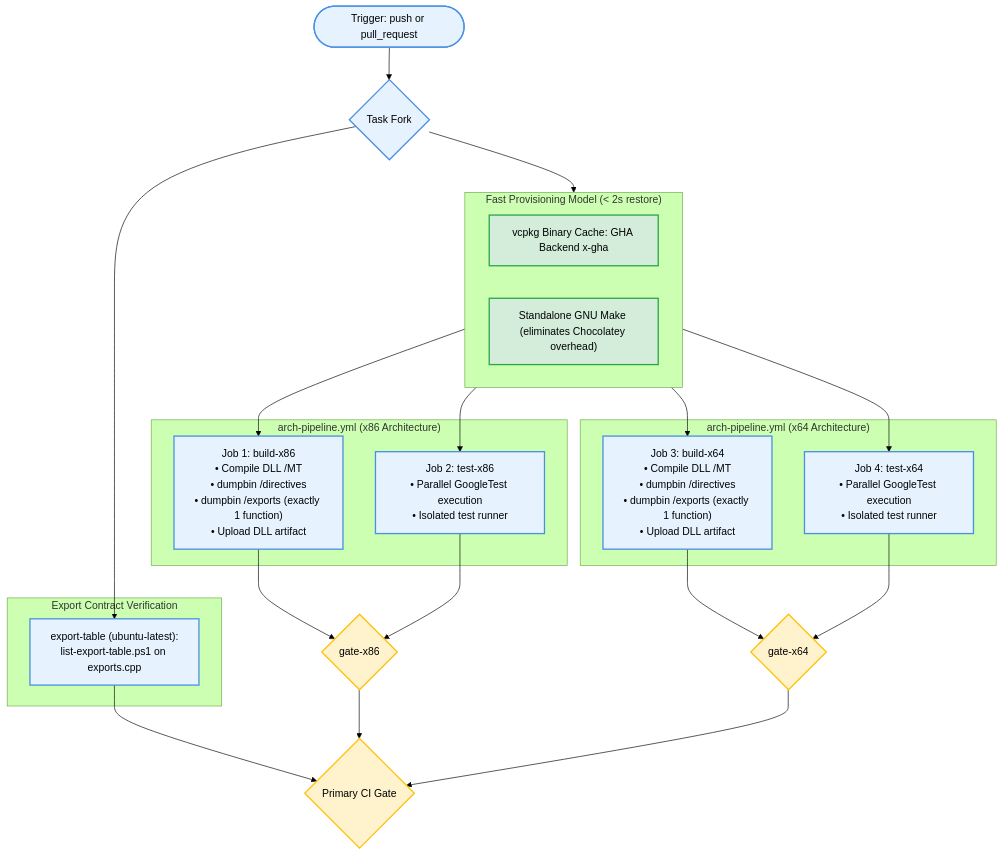
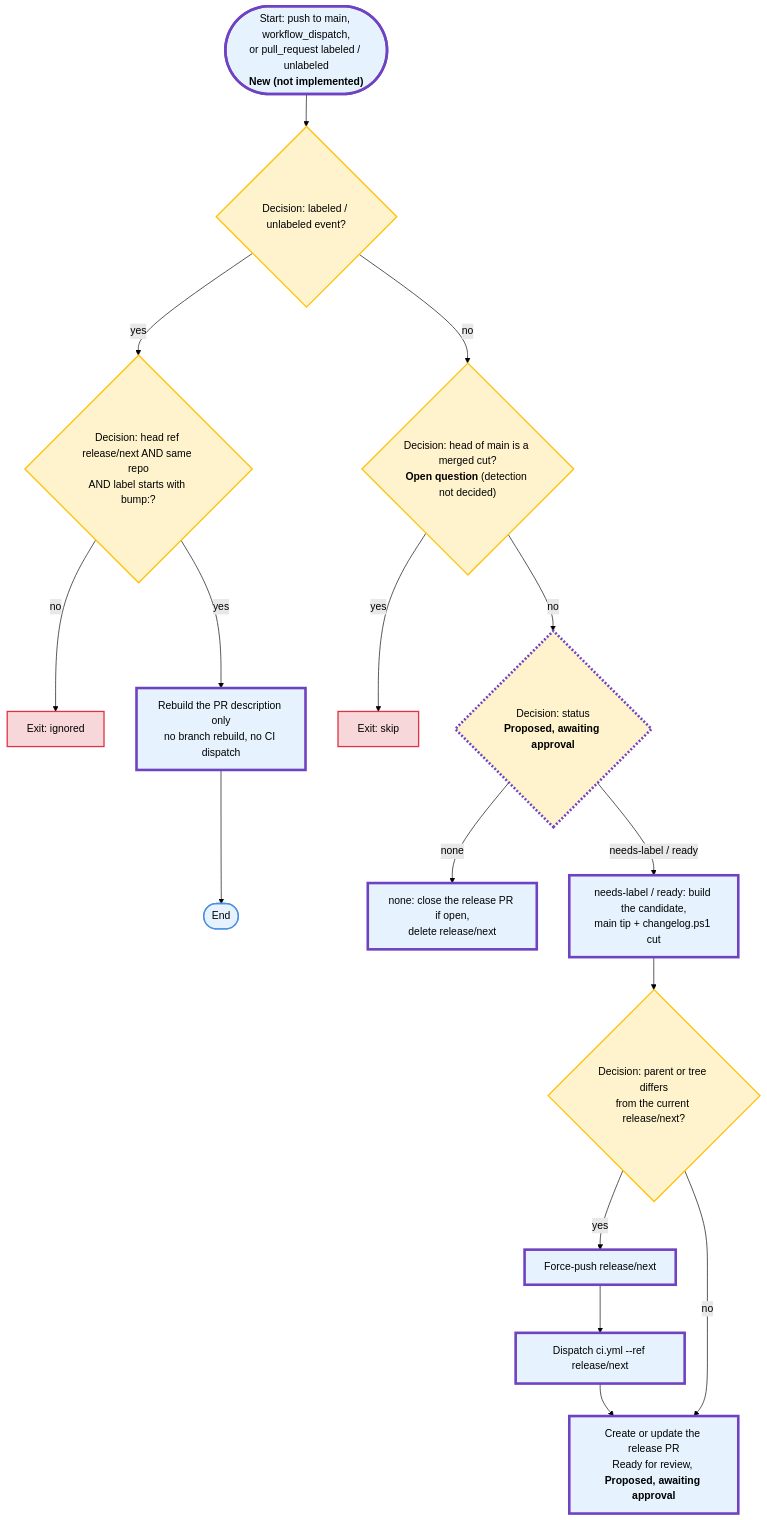
The third of 4 diagrams in docs/ci-optimized-flow.md (can-tools/restifycapl), drawn with Mermaid (forest theme) before and after one commit. The commit also changed other lines of this file and 5 other files, not shown here.

Commit message:
docs/ci-flow-target-state (#26)

````diff
--- a/docs/ci-optimized-flow.md
+++ b/docs/ci-optimized-flow.md
@@ -100,44 +221,40 @@
 ```mermaid
 flowchart TD
     classDef bot fill:#e6f3ff,stroke:#4a90e2,stroke-width:2px;
-    classDef opt fill:#d4edda,stroke:#28a745,stroke-width:2px;
-    classDef gate fill:#fff3cd,stroke:#ffc107,stroke-width:2px;
+    classDef decision fill:#fff3cd,stroke:#ffc107,stroke-width:2px;
+    classDef exit fill:#f8d7da,stroke:#dc3545,stroke-width:2px;
+    classDef new fill:#e6f3ff,stroke:#6f42c1,stroke-width:4px;
+    classDef proposed fill:#fff3cd,stroke:#6f42c1,stroke-width:4px,stroke-dasharray: 3 3;
 
-    TRIG(["Trigger: push or pull_request"]):::bot --> FORK{"Task Fork"}:::bot
+    START(["Start: push to main, workflow_dispatch,<br/>or pull_request labeled / unlabeled<br/><b>New (not implemented)</b>"]):::new
+    LAB{"Decision: labeled / unlabeled event?"}:::decision
+    GUARD{"Decision: head ref release/next AND same repo<br/>AND label starts with bump:?"}:::decision
+    IGN["Exit: ignored"]:::exit
+    REDESC["Rebuild the PR description only<br/>no branch rebuild, no CI dispatch"]:::new
+    ENDL(["End"]):::bot
+    MERGED{"Decision: head of main is a merged cut?<br/><b>Open question</b> (detection not decided)"}:::decision
+    SKIP["Exit: skip"]:::exit
+    STAT{"Decision: status<br/><b>Proposed, awaiting approval</b>"}:::proposed
+    CLOSE["none: close the release PR if open,<br/>delete release/next"]:::new
+    BUILDC["needs-label / ready: build the candidate,<br/>main tip + changelog.ps1 cut"]:::new
+    DIFF{"Decision: parent or tree differs<br/>from the current release/next?"}:::decision
+    PUSH["Force-push release/next"]:::new
+    DISPC["Dispatch ci.yml --ref release/next"]:::new
+    UPD["Create or update the release PR<br/>Ready for review, <b>Proposed, awaiting approval</b>"]:::new
 
-    subgraph ProvisioningModel ["Fast Provisioning Model (&lt; 2s restore)"]
-        VCPKG_CACHE["vcpkg Binary Cache: GHA Backend x-gha"]:::opt
-        FAST_MAKE["Standalone GNU Make (eliminates Chocolatey overhead)"]:::opt
-    end
-
-    FORK --> ProvisioningModel
-
-    subgraph ArchX86 ["arch-pipeline.yml (x86 Architecture)"]
-        X86_B["Job 1: build-x86<br/>• Compile DLL /MT<br/>• dumpbin /directives<br/>• dumpbin /exports (exactly 1 function)<br/>• Upload DLL artifact"]:::bot
-        X86_T["Job 2: test-x86<br/>• Parallel GoogleTest execution<br/>• Isolated test runner"]:::bot
-    end
-
-    subgraph ArchX64 ["arch-pipeline.yml (x64 Architecture)"]
-        X64_B["Job 3: build-x64<br/>• Compile DLL /MT<br/>• dumpbin /directives<br/>• dumpbin /exports (exactly 1 function)<br/>• Upload DLL artifact"]:::bot
-        X64_T["Job 4: test-x64<br/>• Parallel GoogleTest execution<br/>• Isolated test runner"]:::bot
-    end
-
-    ProvisioningModel --> X86_B
-    ProvisioningModel --> X86_T
-    ProvisioningModel --> X64_B
-    ProvisioningModel --> X64_T
-
-    subgraph Contracts ["Export Contract Verification"]
-        EXP_TAB["export-table (ubuntu-latest):<br/>list-export-table.ps1 on exports.cpp"]:::bot
-    end
-
-    FORK --> EXP_TAB
-
-    X86_B --> GATE_X86{"gate-x86"}:::gate
-    X86_T --> GATE_X86
-    X64_B --> GATE_X64{"gate-x64"}:::gate
-    X64_T --> GATE_X64
-    EXP_TAB --> GATE_ALL{"Primary CI Gate"}:::gate
-    GATE_X86 --> GATE_ALL
-    GATE_X64 --> GATE_ALL
+    START --> LAB
+    LAB -->|"yes"| GUARD
+    GUARD -->|"no"| IGN
+    GUARD -->|"yes"| REDESC
+    REDESC --> ENDL
+    LAB -->|"no"| MERGED
+    MERGED -->|"yes"| SKIP
+    MERGED -->|"no"| STAT
+    STAT -->|"none"| CLOSE
+    STAT -->|"needs-label / ready"| BUILDC
+    BUILDC --> DIFF
+    DIFF -->|"yes"| PUSH
+    PUSH --> DISPC
+    DISPC --> UPD
+    DIFF -->|"no"| UPD
 ```
````
